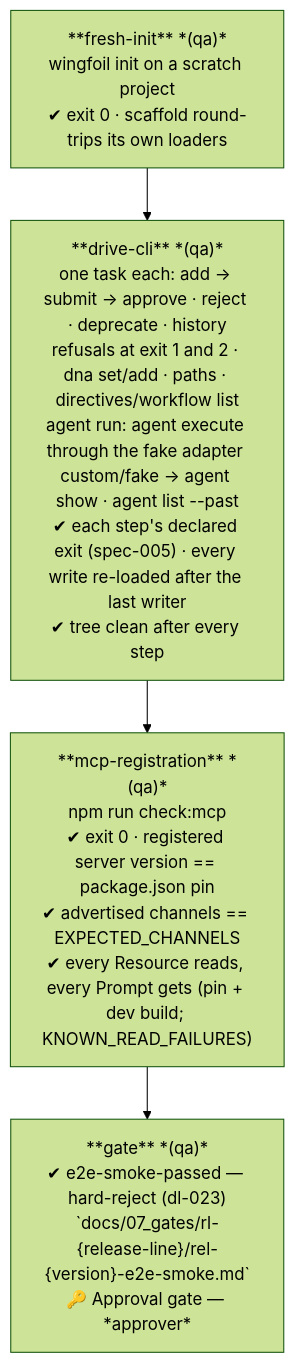
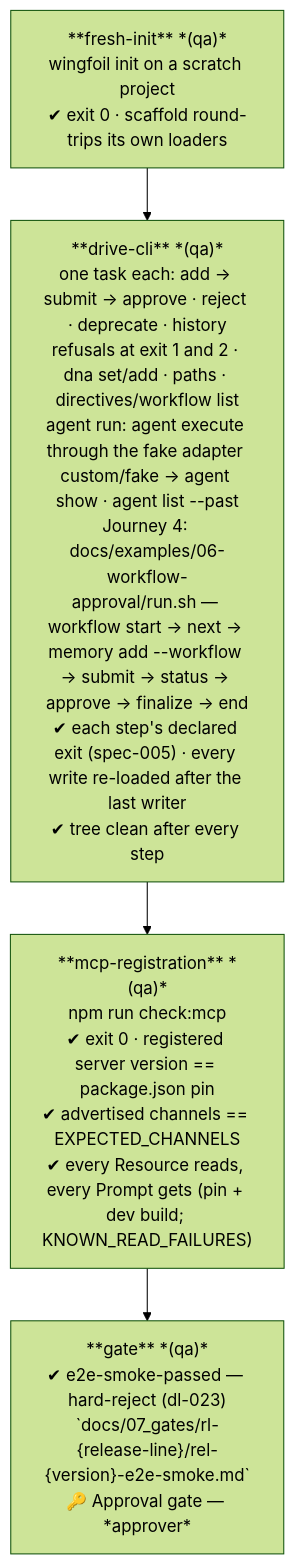
One commit to wingfoil/wingfoil changed diagram 14 of 29 in .wingfoil/WORKFLOW.md. Above: the diagram before and after it, drawn with Mermaid (forest theme). The commit also changed other lines of this file and 8 other files, not shown here.

First line of the commit message:
feat(e2e-smoke): task-242 — Journey 4 example run per template by the smoke, finalize BDD scenarios (bug-327, bug-328)

````diff
--- a/.wingfoil/WORKFLOW.md
+++ b/.wingfoil/WORKFLOW.md
@@ -385,9 +389,9 @@
 ```mermaid
 flowchart TD
     FI["**fresh-init** *(qa)*\nwingfoil init on a scratch project\n✔ exit 0 · scaffold round-trips its own loaders"]
-    DC["**drive-cli** *(qa)*\none task each: add → submit → approve · reject · deprecate · history\nrefusals at exit 1 and 2 · dna set/add · paths · directives/workflow list\nagent run: agent execute through the fake adapter custom/fake → agent show · agent list --past\n✔ each step's declared exit (spec-005) · every write re-loaded after the last writer\n✔ tree clean after every step"]
+    DC["**drive-cli** *(qa)*\none task each: add → submit → approve · reject · deprecate · history\nrefusals at exit 1 and 2 · dna set/add · paths · directives/workflow list\nagent run: agent execute through the fake adapter custom/fake → agent show · agent list --past\nJourney 4: docs/examples/06-workflow-approval/run.sh — workflow start → next → memory add --workflow → submit → status → approve → finalize → end\n✔ each step's declared exit (spec-005) · every write re-loaded after the last writer\n✔ tree clean after every step"]
     MR["**mcp-registration** *(qa)*\nnpm run check:mcp\n✔ exit 0 · registered server version == package.json pin\n✔ advertised channels == EXPECTED_CHANNELS\n✔ every Resource reads, every Prompt gets (pin + dev build; KNOWN_READ_FAILURES)"]
     GA["**gate** *(qa)*\n✔ e2e-smoke-passed — hard-reject (dl-023)\n`docs/07_gates/rl-{release-line}/rel-{version}-e2e-smoke.md`\n🔑 Approval gate — *approver*"]
 
     FI --> DC --> MR --> GA
 ```
````
